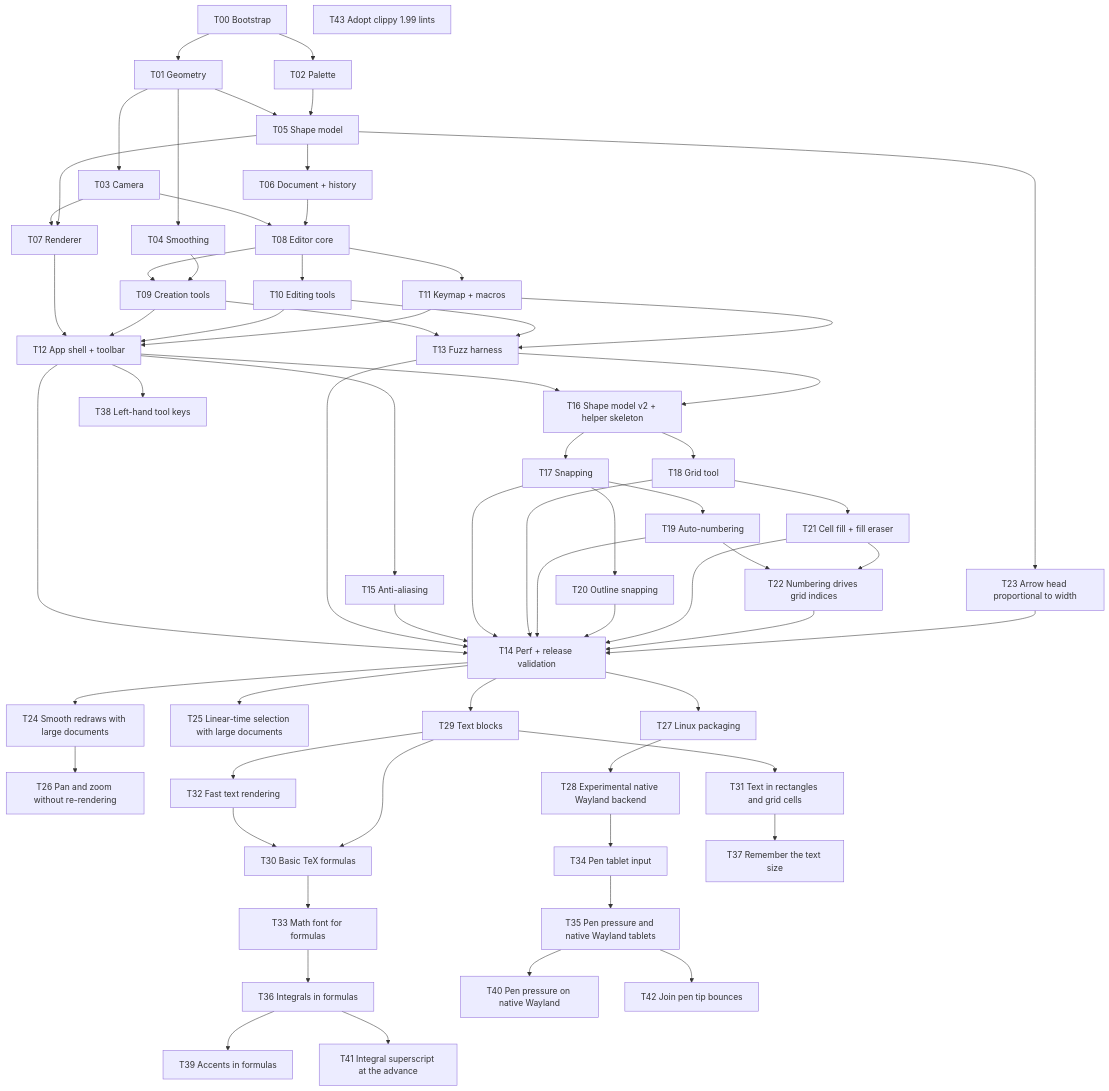
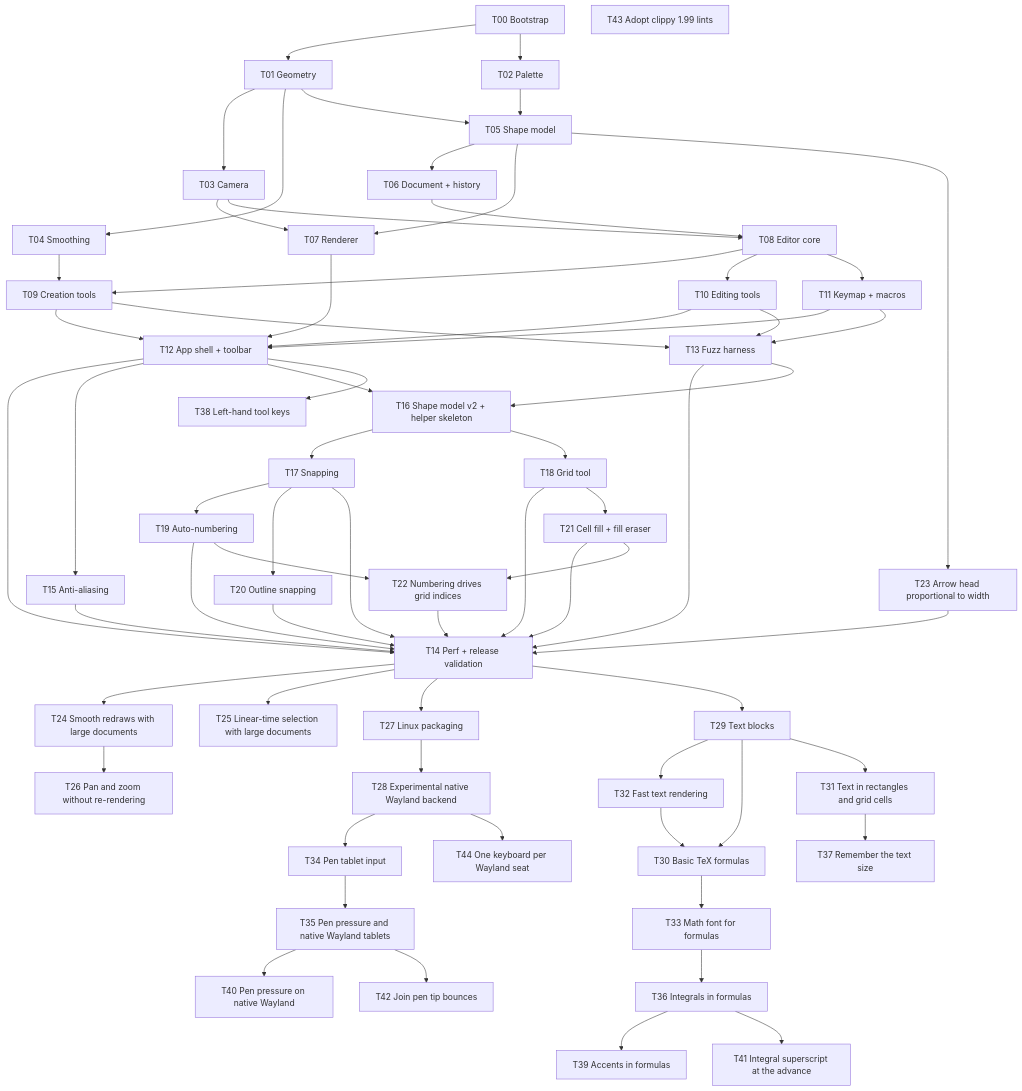
One commit to UmBender/draw changed the diagram in docs/tasks/Task Board.md. Above: the diagram before and after it, drawn with Mermaid. The commit also changed other lines of this file and 1 other file, not shown here.

First line of the commit message:
docs: add T44 one keyboard per Wayland seat task note

````diff
--- a/docs/tasks/Task Board.md
+++ b/docs/tasks/Task Board.md
@@ -12,67 +12,68 @@
 ```mermaid
 flowchart TD
   T00[T00 Bootstrap] --> T01[T01 Geometry]
   T00 --> T02[T02 Palette]
   T01 --> T03[T03 Camera]
   T01 --> T04[T04 Smoothing]
   T01 --> T05[T05 Shape model]
   T02 --> T05
   T05 --> T06[T06 Document + history]
   T03 --> T07[T07 Renderer]
   T05 --> T07
   T03 --> T08[T08 Editor core]
   T06 --> T08
   T08 --> T09[T09 Creation tools]
   T04 --> T09
   T08 --> T10[T10 Editing tools]
   T08 --> T11[T11 Keymap + macros]
   T07 --> T12[T12 App shell + toolbar]
   T09 --> T12
   T10 --> T12
   T11 --> T12
   T09 --> T13[T13 Fuzz harness]
   T10 --> T13
   T11 --> T13
   T12 --> T14[T14 Perf + release validation]
   T13 --> T14
   T12 --> T15[T15 Anti-aliasing]
   T12 --> T16[T16 Shape model v2 + helper skeleton]
   T13 --> T16
   T16 --> T17[T17 Snapping]
   T16 --> T18[T18 Grid tool]
   T17 --> T19[T19 Auto-numbering]
   T17 --> T20[T20 Outline snapping]
   T15 --> T14
   T17 --> T14
   T18 --> T14
   T19 --> T14
   T20 --> T14
   T18 --> T21[T21 Cell fill + fill eraser]
   T21 --> T14
   T19 --> T22[T22 Numbering drives grid indices]
   T21 --> T22
   T22 --> T14
   T05 --> T23[T23 Arrow head proportional to width]
   T23 --> T14
   T14 --> T24[T24 Smooth redraws with large documents]
   T14 --> T25[T25 Linear-time selection with large documents]
   T24 --> T26[T26 Pan and zoom without re-rendering]
   T14 --> T27[T27 Linux packaging]
   T27 --> T28[T28 Experimental native Wayland backend]
   T14 --> T29[T29 Text blocks]
   T29 --> T32[T32 Fast text rendering]
   T32 --> T30[T30 Basic TeX formulas]
   T29 --> T30
   T29 --> T31[T31 Text in rectangles and grid cells]
   T30 --> T33[T33 Math font for formulas]
   T28 --> T34[T34 Pen tablet input]
   T34 --> T35[T35 Pen pressure and native Wayland tablets]
   T33 --> T36[T36 Integrals in formulas]
   T31 --> T37[T37 Remember the text size]
   T12 --> T38[T38 Left-hand tool keys]
   T36 --> T39[T39 Accents in formulas]
   T35 --> T40[T40 Pen pressure on native Wayland]
   T36 --> T41[T41 Integral superscript at the advance]
   T35 --> T42[T42 Join pen tip bounces]
   T43[T43 Adopt clippy 1.99 lints]
+  T28 --> T44[T44 One keyboard per Wayland seat]
 ```
````
